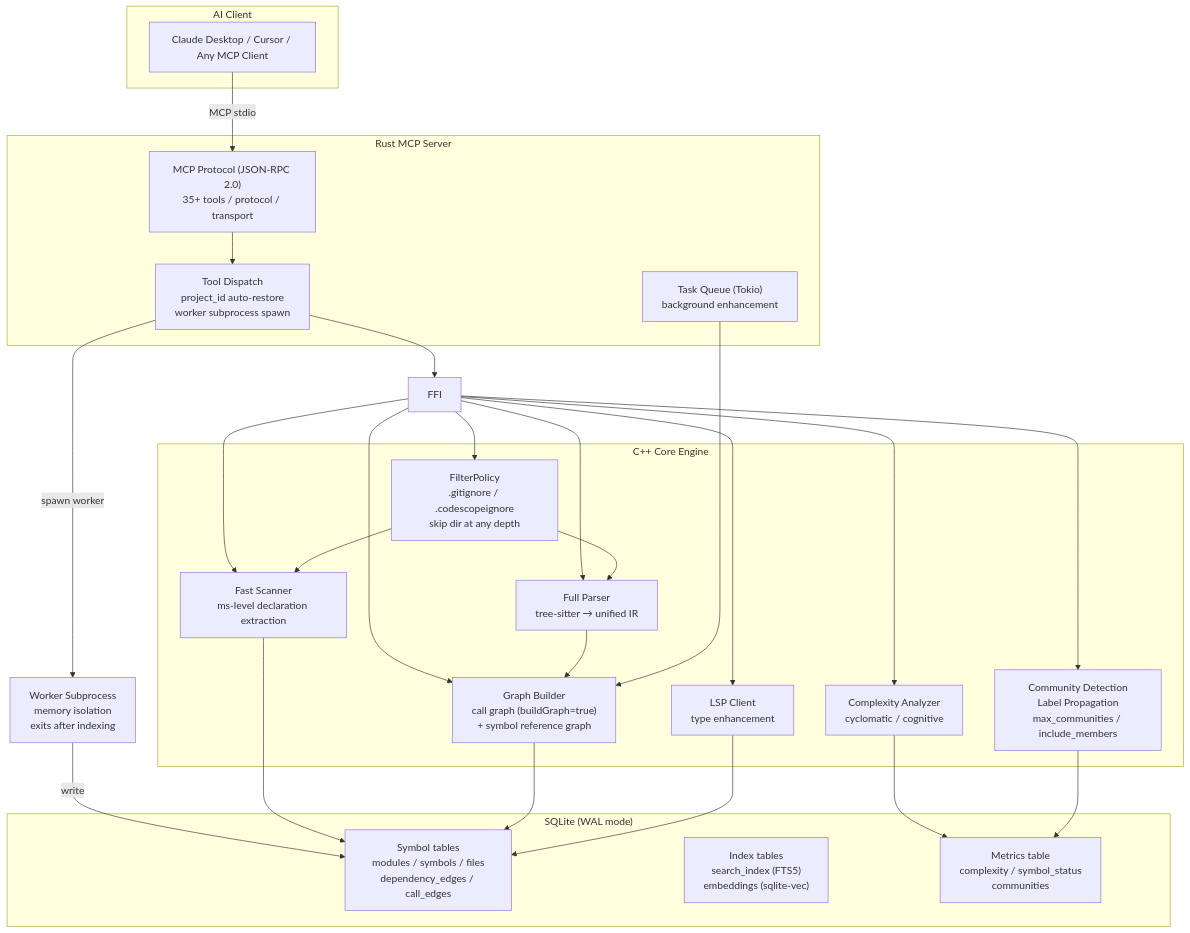
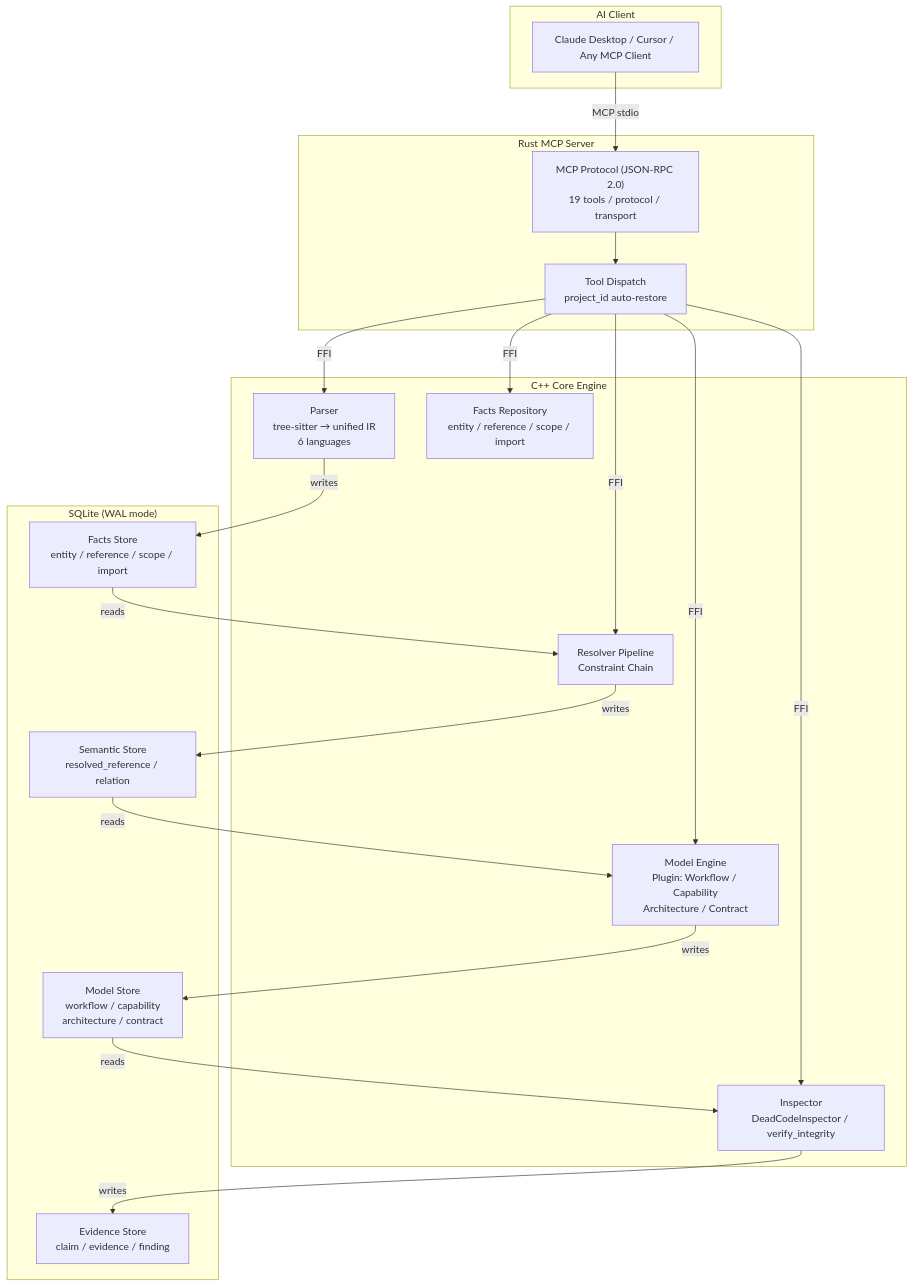
The first of 2 diagrams in README.md (Timwood0x10/CodeScope), drawn with Mermaid before and after one commit. The commit also changed other lines of this file and 12 other files, not shown here.

Commit message:
feat(verify): add documentation drift detection tool

````diff
--- a/README.md
+++ b/README.md
@@ -81,51 +102,42 @@
 ```mermaid
 graph TB
     subgraph "AI Client"
         Client["Claude Desktop / Cursor / Any MCP Client"]
     end
 
     subgraph "Rust MCP Server"
-        MCP["MCP Protocol (JSON-RPC 2.0)<br/>35+ tools / protocol / transport"]
-        DISPATCH["Tool Dispatch<br/>project_id auto-restore<br/>worker subprocess spawn"]
-        TQ["Task Queue (Tokio)<br/>background enhancement"]
+        MCP["MCP Protocol (JSON-RPC 2.0)<br/>19 tools / protocol / transport"]
+        DISPATCH["Tool Dispatch<br/>project_id auto-restore"]
     end
 
     subgraph "C++ Core Engine"
-        SCANNER["Fast Scanner<br/>ms-level declaration extraction"]
-        FILTER["FilterPolicy<br/>.gitignore / .codescopeignore<br/>skip dir at any depth"]
-        PARSER["Full Parser<br/>tree-sitter → unified IR"]
-        GRAPH["Graph Builder<br/>call graph (buildGraph=true)<br/>+ symbol reference graph"]
-        COMPLEXITY["Complexity Analyzer<br/>cyclomatic / cognitive"]
-        COMMUNITY["Community Detection<br/>Label Propagation<br/>max_communities / include_members"]
-        LSP["LSP Client<br/>type enhancement"]
+        PARSER["Parser<br/>tree-sitter → unified IR<br/>6 languages"]
+        FACTS["Facts Repository<br/>entity / reference / scope / import"]
+        RESOLVER["Resolver Pipeline<br/>Constraint Chain"]
+        MODEL["Model Engine<br/>Plugin: Workflow / Capability<br/>Architecture / Contract"]
+        INSPECTOR["Inspector<br/>DeadCodeInspector / verify_integrity"]
     end
 
     subgraph "SQLite (WAL mode)"
-        FACTS["Symbol tables<br/>modules / symbols / files<br/>dependency_edges / call_edges"]
-        INDICES["Index tables<br/>search_index (FTS5)<br/>embeddings (sqlite-vec)"]
-        METRICS["Metrics table<br/>complexity / symbol_status<br/>communities"]
+        F_STORE["Facts Store<br/>entity / reference / scope / import"]
+        S_STORE["Semantic Store<br/>resolved_reference / relation"]
+        M_STORE["Model Store<br/>workflow / capability<br/>architecture / contract"]
+        E_STORE["Evidence Store<br/>claim / evidence / finding"]
     end
 
     Client -->|"MCP stdio"| MCP
     MCP --> DISPATCH
-    DISPATCH --> FFI
-    DISPATCH -->|"spawn worker"| WORKER["Worker Subprocess<br/>memory isolation<br/>exits after indexing"]
-    WORKER -->|"write"| FACTS
-    FFI --> SCANNER
-    FFI --> FILTER
-    FFI --> PARSER
-    FFI --> GRAPH
-    FFI --> COMPLEXITY
-    FFI --> COMMUNITY
-    FFI --> LSP
+    DISPATCH -->|"FFI"| PARSER
+    DISPATCH -->|"FFI"| FACTS
+    DISPATCH -->|"FFI"| RESOLVER
+    DISPATCH -->|"FFI"| MODEL
+    DISPATCH -->|"FFI"| INSPECTOR
 
-    SCANNER --> FACTS
-    FILTER --> SCANNER
-    FILTER --> PARSER
-    PARSER --> GRAPH
-    GRAPH --> FACTS
-    COMPLEXITY --> METRICS
-    COMMUNITY --> METRICS
-    LSP --> FACTS
-    TQ --> GRAPH
+    PARSER -->|"writes"| F_STORE
+    F_STORE -->|"reads"| RESOLVER
+    RESOLVER -->|"writes"| S_STORE
+    S_STORE -->|"reads"| MODEL
+    MODEL -->|"writes"| M_STORE
+    M_STORE -->|"reads"| INSPECTOR
+    INSPECTOR -->|"writes"| E_STORE
 ```
````
